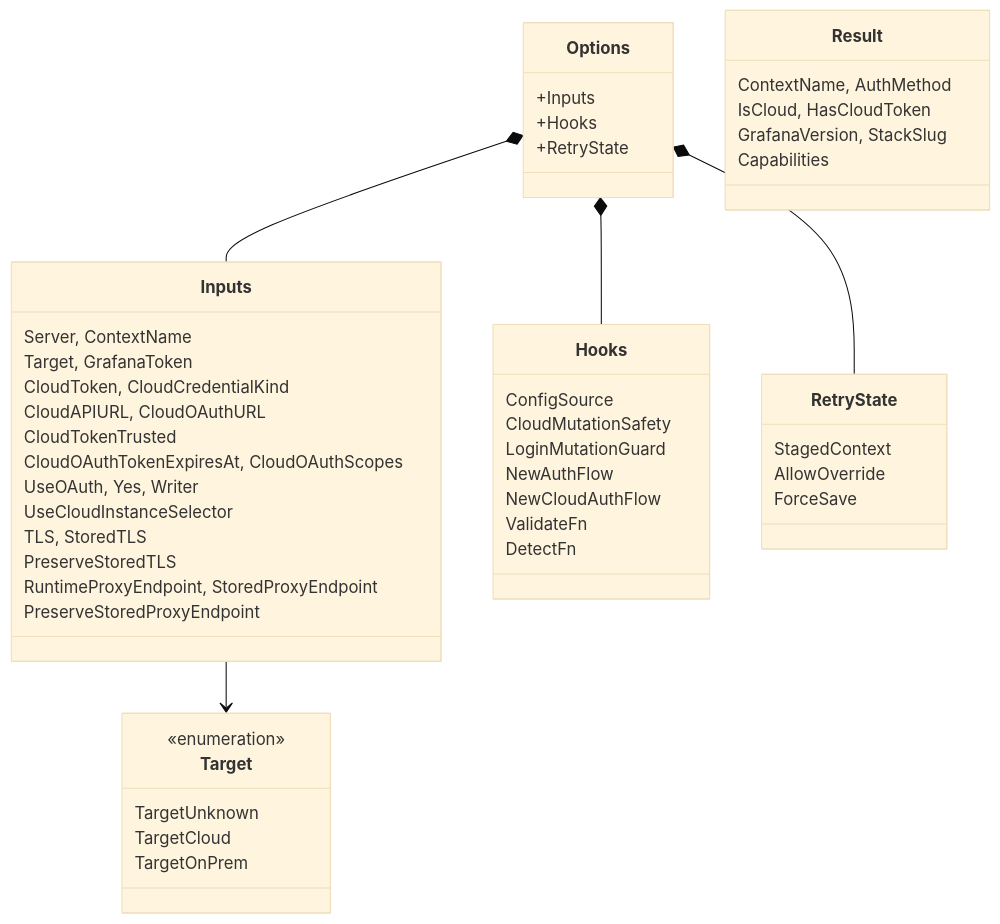
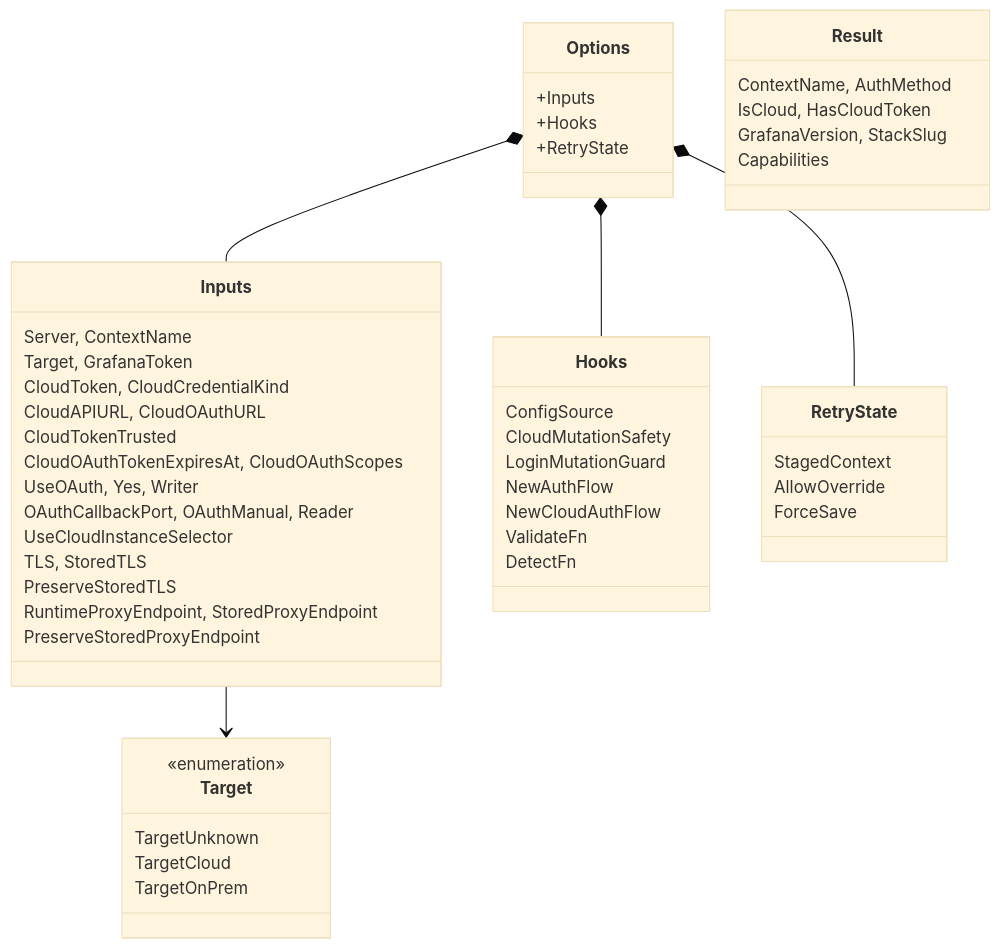
One commit to grafana/gcx changed the second of 4 diagrams in docs/architecture/login-system.md. Above: the diagram before and after it, drawn with Mermaid (base theme). The commit also changed 18 other files, not shown here.

First line of the commit message:
feat(login): add --oauth-manual for remote hosts without a reachable callback

````diff
--- a/docs/architecture/login-system.md
+++ b/docs/architecture/login-system.md
@@ -37,53 +37,54 @@
 ```mermaid
 classDiagram
     class Options {
         +Inputs
         +Hooks
         +RetryState
     }
     class Inputs {
         Server, ContextName
         Target, GrafanaToken
         CloudToken, CloudCredentialKind
         CloudAPIURL, CloudOAuthURL
         CloudTokenTrusted
         CloudOAuthTokenExpiresAt, CloudOAuthScopes
         UseOAuth, Yes, Writer
+        OAuthCallbackPort, OAuthManual, Reader
         UseCloudInstanceSelector
         TLS, StoredTLS
         PreserveStoredTLS
         RuntimeProxyEndpoint, StoredProxyEndpoint
         PreserveStoredProxyEndpoint
     }
     class Hooks {
         ConfigSource
         CloudMutationSafety
         LoginMutationGuard
         NewAuthFlow
         NewCloudAuthFlow
         ValidateFn
         DetectFn
     }
     class RetryState {
         StagedContext
         AllowOverride
         ForceSave
     }
     class Target {
         <<enumeration>>
         TargetUnknown
         TargetCloud
         TargetOnPrem
     }
     class Result {
         ContextName, AuthMethod
         IsCloud, HasCloudToken
         GrafanaVersion, StackSlug
         Capabilities
     }
 
     Options *-- Inputs
     Options *-- Hooks
     Options *-- RetryState
     Inputs --> Target
 ```
````
